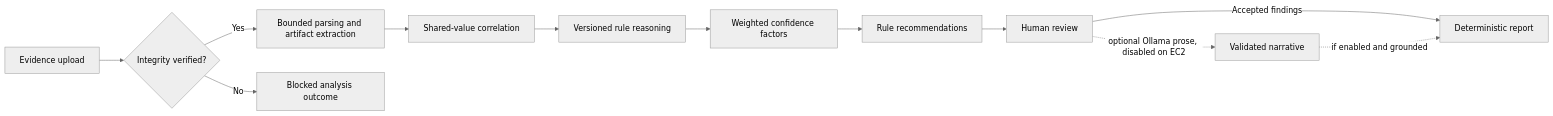
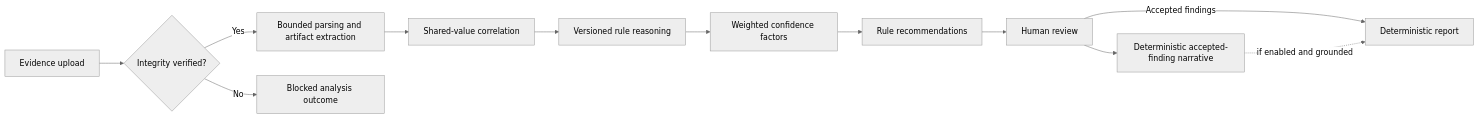
One commit to shikhar-sahay/provena changed the third of 4 diagrams in README.md. Above: the diagram before and after it, drawn with Mermaid (neutral theme). The commit also changed other lines of this file and 12 other files, not shown here.

````diff
--- a/README.md
+++ b/README.md
@@ -66,14 +66,14 @@
 ```mermaid
 flowchart LR
     U[Evidence upload] --> V{Integrity verified?}
     V -->|Yes| P[Bounded parsing and artifact extraction]
     V -->|No| BLOCK[Blocked analysis outcome]
     P --> C[Shared-value correlation]
     C --> R[Versioned rule reasoning]
     R --> S[Weighted confidence factors]
     S --> REC[Rule recommendations]
     REC --> H[Human review]
     H -->|Accepted findings| D[Deterministic report]
-    H -. "optional Ollama prose, disabled on EC2" .-> L[Validated narrative]
+    H --> L[Deterministic accepted-finding narrative]
     L -. "if enabled and grounded" .-> D
 ```
````
